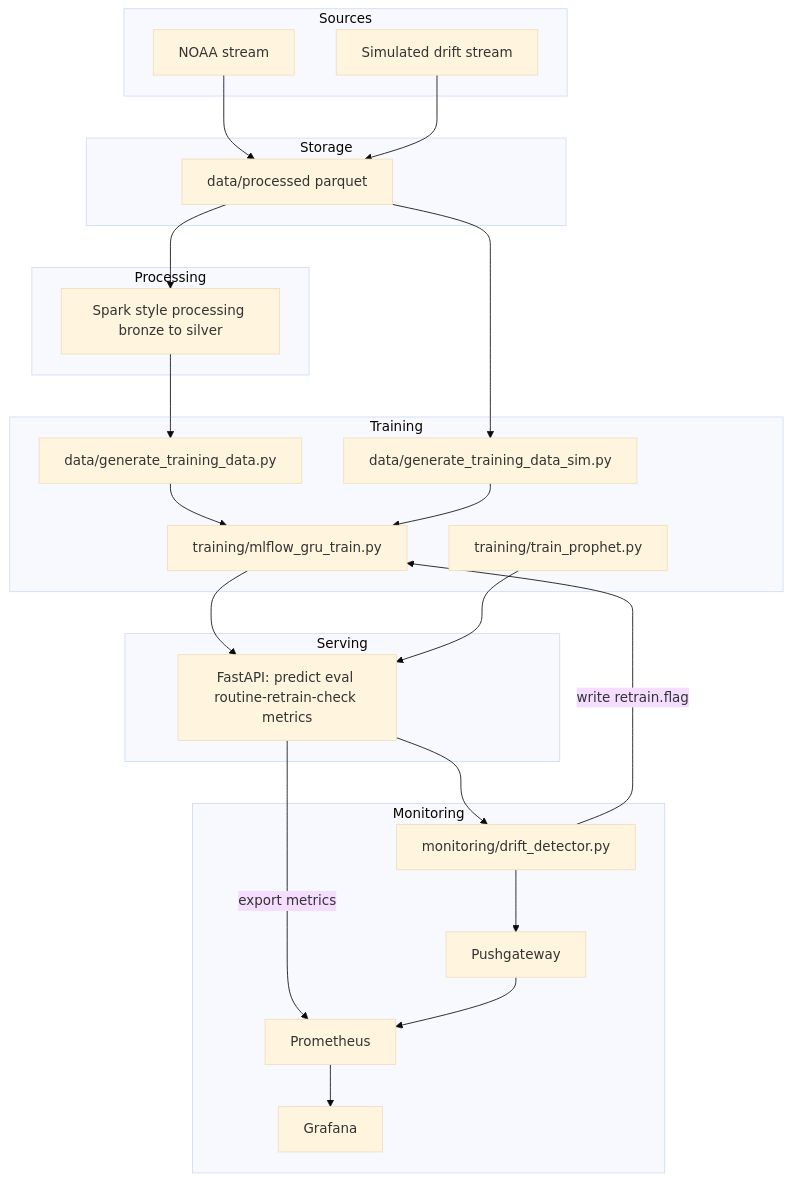
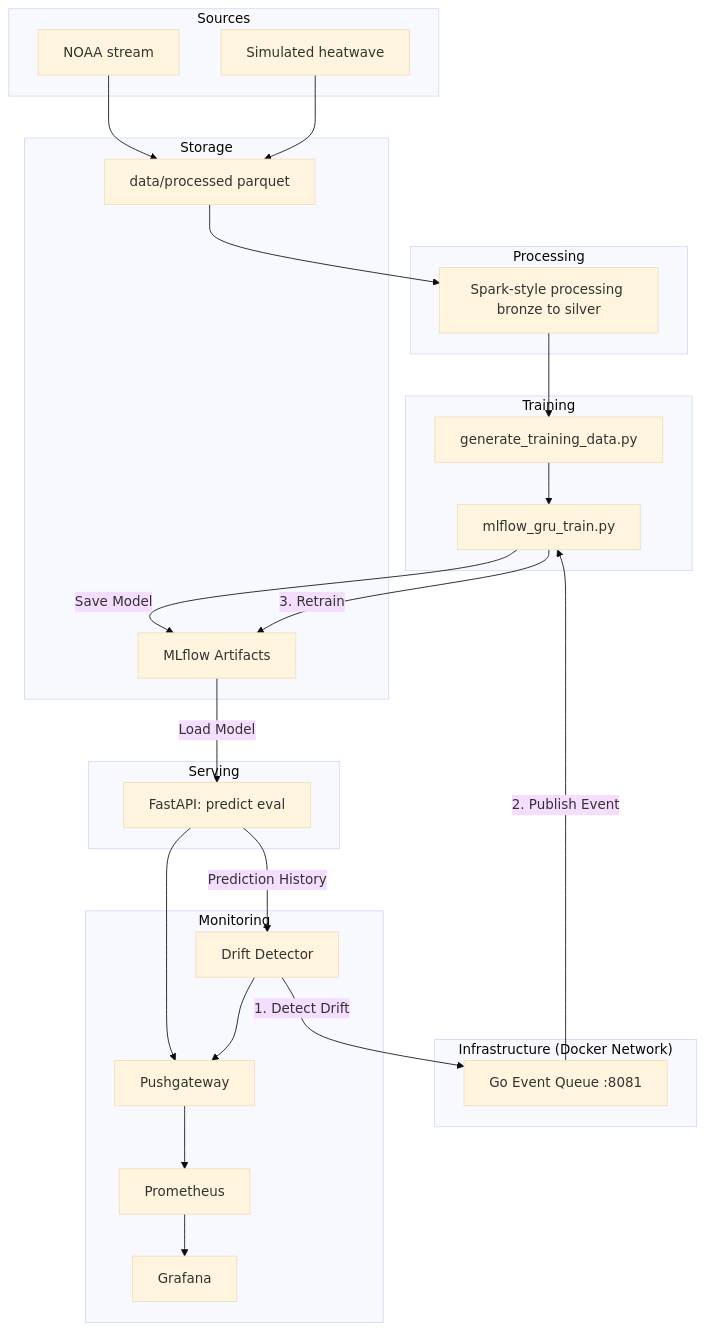
Before and after one commit to mdgolammafuz/AeroCast: the first of 2 diagrams in README.md, drawn with Mermaid (base theme). The commit also changed other lines of this file, not shown here.

Commit message:
docs: update readme with go architecture, runbook, and limitations

````diff
--- a/README.md
+++ b/README.md
@@ -88,45 +106,52 @@
 ```mermaid
 flowchart TD
     subgraph Sources
         A[NOAA stream]
-        B[Simulated drift stream]
+        B[Simulated heatwave]
     end
 
     subgraph Storage
         C[data/processed parquet]
+        M[MLflow Artifacts]
     end
 
     subgraph Processing
-        P1[Spark style processing bronze to silver]
+        P1[Spark-style processing bronze to silver]
     end
 
     subgraph Training
-        T1[data/generate_training_data.py]
-        T2[data/generate_training_data_sim.py]
-        T3[training/mlflow_gru_train.py]
-        T4[training/train_prophet.py]
+        T1[generate_training_data.py]
+        T2[mlflow_gru_train.py]
     end
 
     subgraph Serving
-        S[FastAPI: predict eval routine-retrain-check metrics]
+        S[FastAPI: predict eval]
+    end
+
+    subgraph "Infrastructure (Docker Network)"
+        Q[Go Event Queue :8081]
     end
 
     subgraph Monitoring
-        M1[monitoring/drift_detector.py]
-        M2[Pushgateway]
-        M3[Prometheus]
-        M4[Grafana]
+        D[Drift Detector]
+        PG[Pushgateway]
+        Prom[Prometheus]
+        G[Grafana]
     end
 
     A --> C
     B --> C
     C --> P1 --> T1
-    C --> T2
-    T1 --> T3 --> S
-    T2 --> T3
-    T4 --> S
-    S --> M1
-    M1 -->|write retrain.flag| T3
-    S -->|export metrics| M3
-    M1 --> M2 --> M3 --> M4
+    T1 --> T2
+    T2 -->|Save Model| M
+    M -->|Load Model| S
+    
+    S -->|Prediction History| D
+    D -->|1. Detect Drift| Q
+    Q -->|2. Publish Event| T2
+    T2 -->|3. Retrain| M
+    
+    S --> PG
+    D --> PG
+    PG --> Prom --> G
 ```
````
